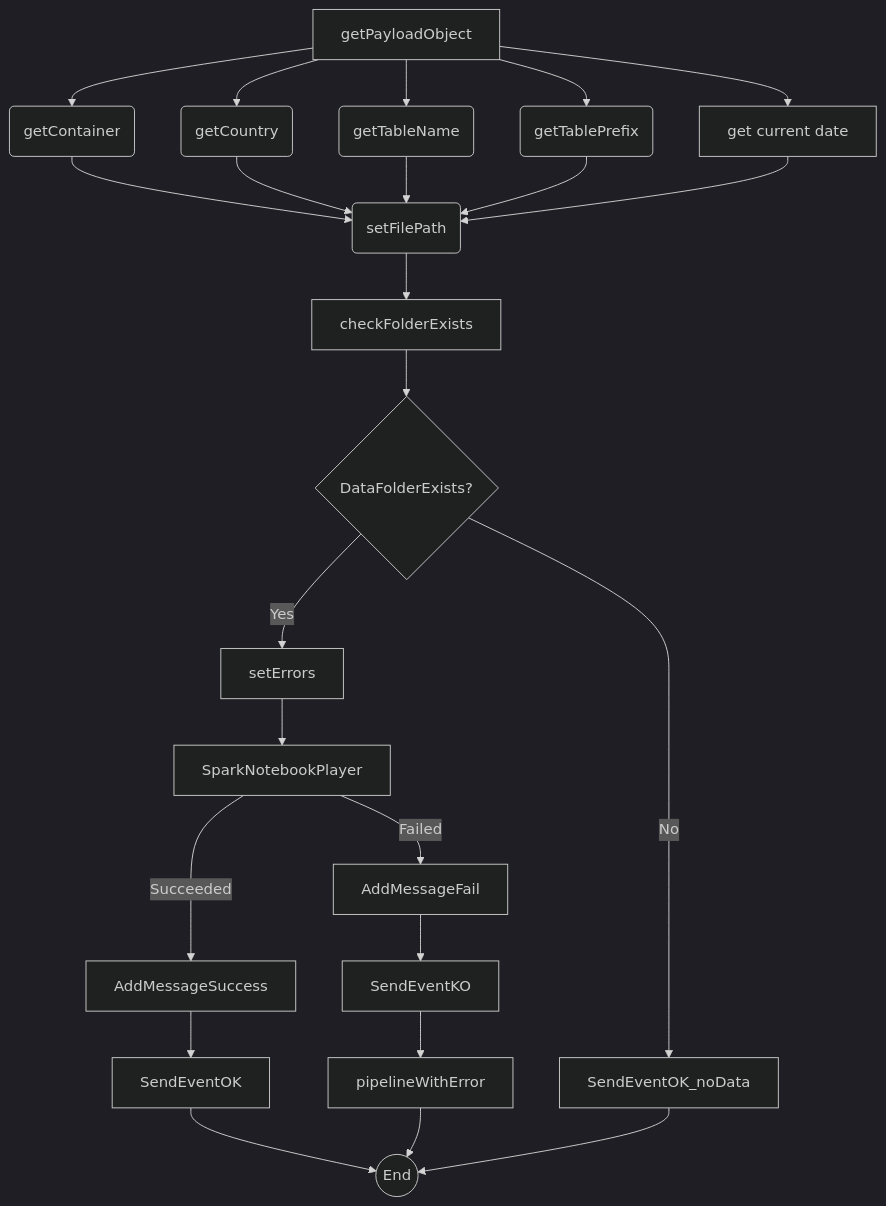
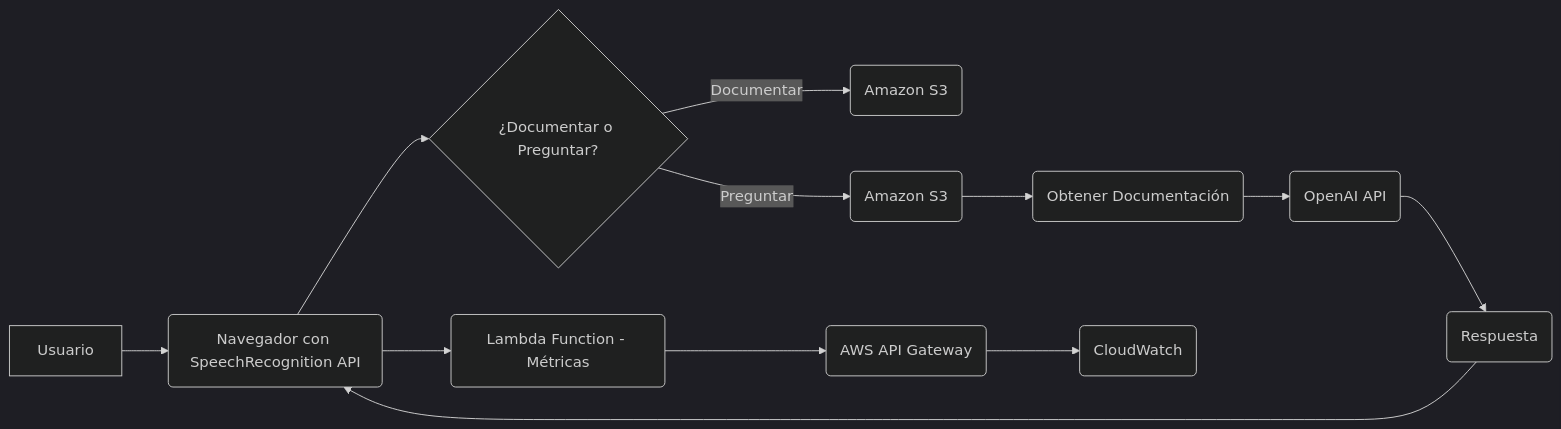
The diagram in README.md (Stevenmch/docs), drawn with Mermaid (dark theme) before and after one commit. The commit also changed other lines of this file, not shown here.

````diff
--- a/README.md
+++ b/README.md
@@ -79,22 +21,14 @@
 ```mermaid
-graph TD;
-    A[getPayloadObject] --> B(getContainer);
-    A --> C(getCountry);
-    A --> D(getTableName);
-    A --> E(getTablePrefix);
-    A --> F[get current date];
-    B & C & D & E & F --> G(setFilePath);
-    G --> H[checkFolderExists];
-    H --> I{DataFolderExists?};
-    I -- Yes --> J[setErrors];
-    J --> K[SparkNotebookPlayer];
-    K -- Succeeded --> L[AddMessageSuccess];
-    K -- Failed --> M[AddMessageFail];
-    L --> N[SendEventOK];
-    M --> O[SendEventKO];
-    N --> P((End));
-    O --> Q[pipelineWithError];
-    Q --> P;
-    I -- No --> R[SendEventOK_noData];
-    R --> P;
+graph LR
+A[Usuario] --> B(Navegador con SpeechRecognition API);
+B --> C{¿Documentar o Preguntar?};
+C -- Documentar --> D(Amazon S3);
+C -- Preguntar --> E(Amazon S3);
+E --> F(Obtener Documentación);
+F --> G(OpenAI API);
+G --> H(Respuesta);
+H --> B;
+B --> I(Lambda Function - Métricas);
+I --> J(AWS API Gateway);
+J --> K(CloudWatch);
 ```
````
